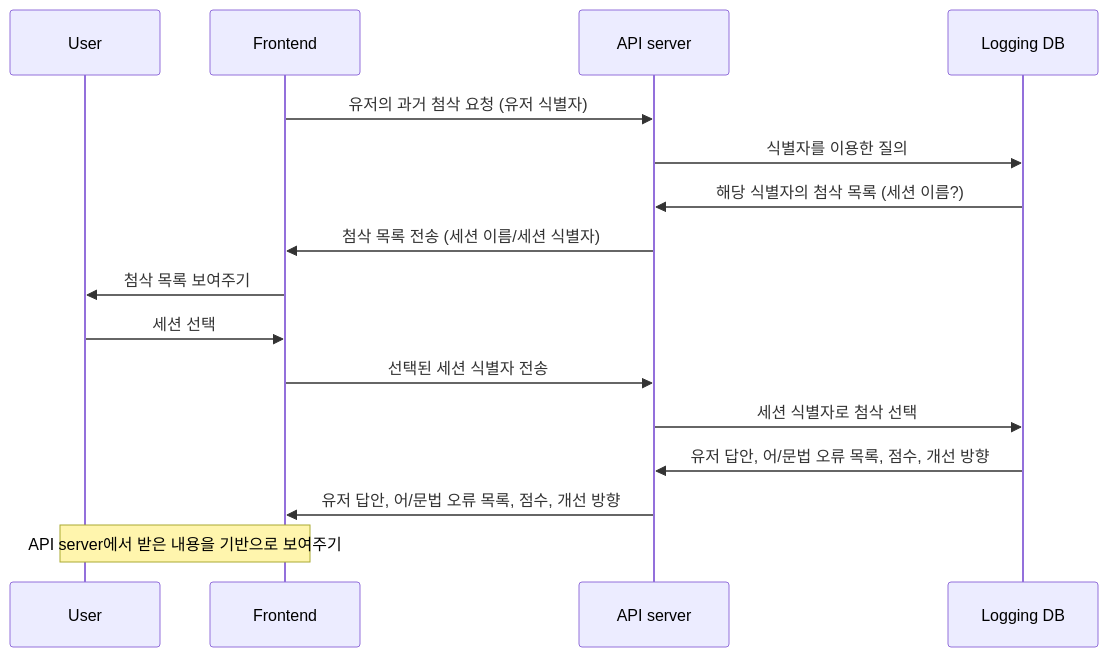
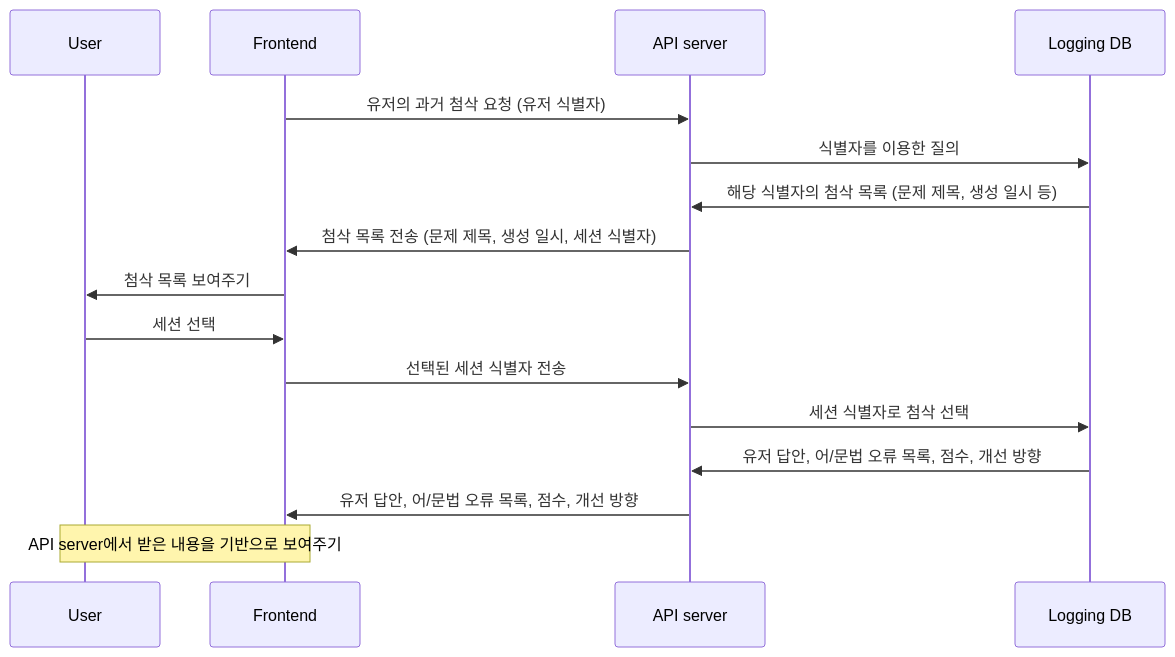
Before and after one commit to bookyoulove/paragraphy: the fourth of 5 diagrams in 설계문서/시퀀스 다이어그램.md, drawn with Mermaid. The commit also changed other lines of this file and 3 other files, not shown here.

````diff
--- a/설계문서/시퀀스 다이어그램.md
+++ b/설계문서/시퀀스 다이어그램.md
@@ -78,18 +85,18 @@
 ```mermaid
 sequenceDiagram
     participant User
     participant Frontend
     participant API as API server
     participant log as Logging DB
     Frontend->>API: 유저의 과거 첨삭 요청 (유저 식별자)
     API->>log: 식별자를 이용한 질의
-    log->>API: 해당 식별자의 첨삭 목록 (세션 이름?)
-    API->>Frontend: 첨삭 목록 전송 (세션 이름/세션 식별자)
+    log->>API: 해당 식별자의 첨삭 목록 (문제 제목, 생성 일시 등)
+    API->>Frontend: 첨삭 목록 전송 (문제 제목, 생성 일시, 세션 식별자)
     Frontend->>User: 첨삭 목록 보여주기
     User->>Frontend: 세션 선택
     Frontend->>API: 선택된 세션 식별자 전송
     API->>log: 세션 식별자로 첨삭 선택
     log->>API: 유저 답안, 어/문법 오류 목록, 점수, 개선 방향
     API->>Frontend: 유저 답안, 어/문법 오류 목록, 점수, 개선 방향
     Note over Frontend, User: API server에서 받은 내용을 기반으로 보여주기
 ```
````
